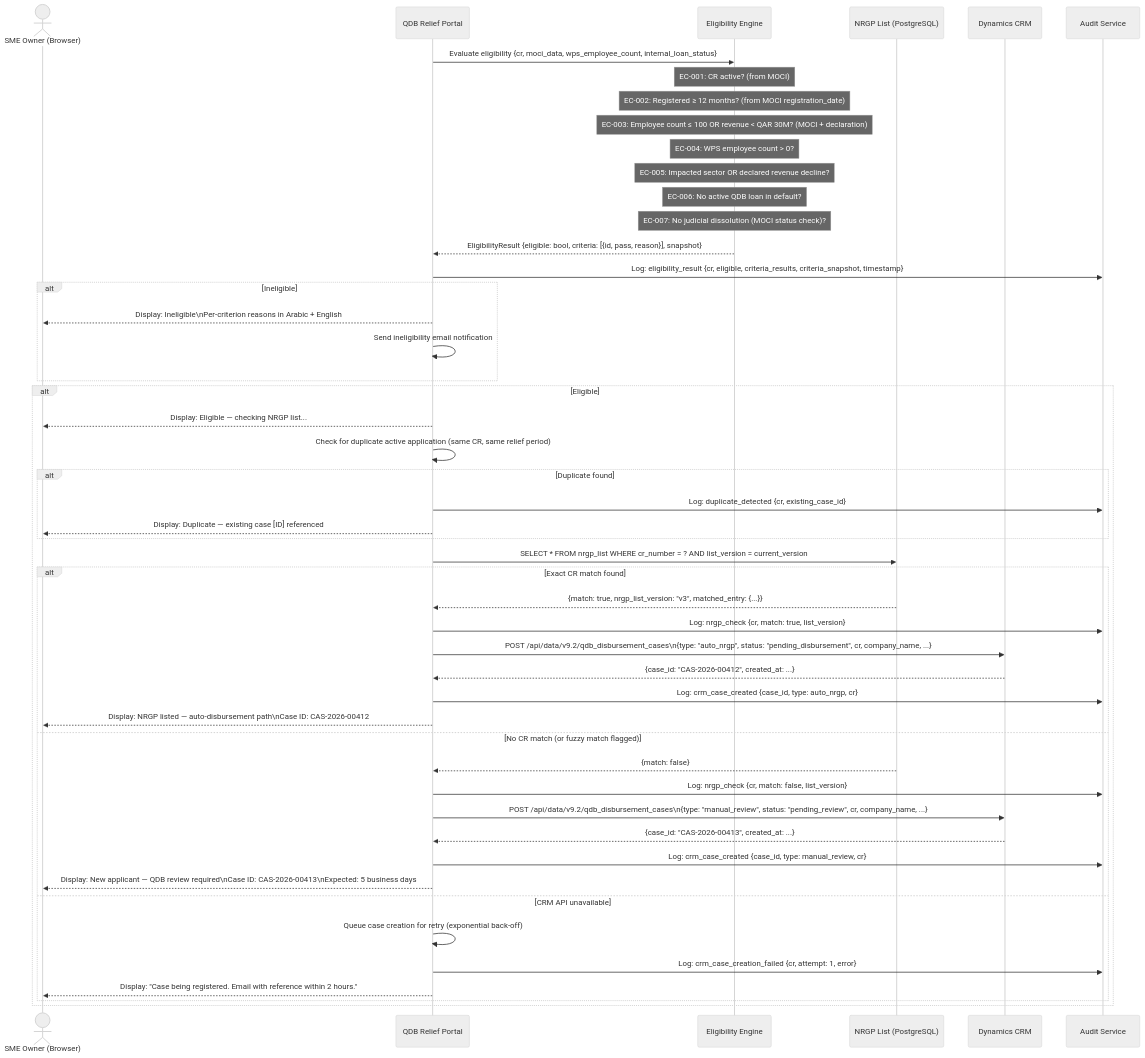
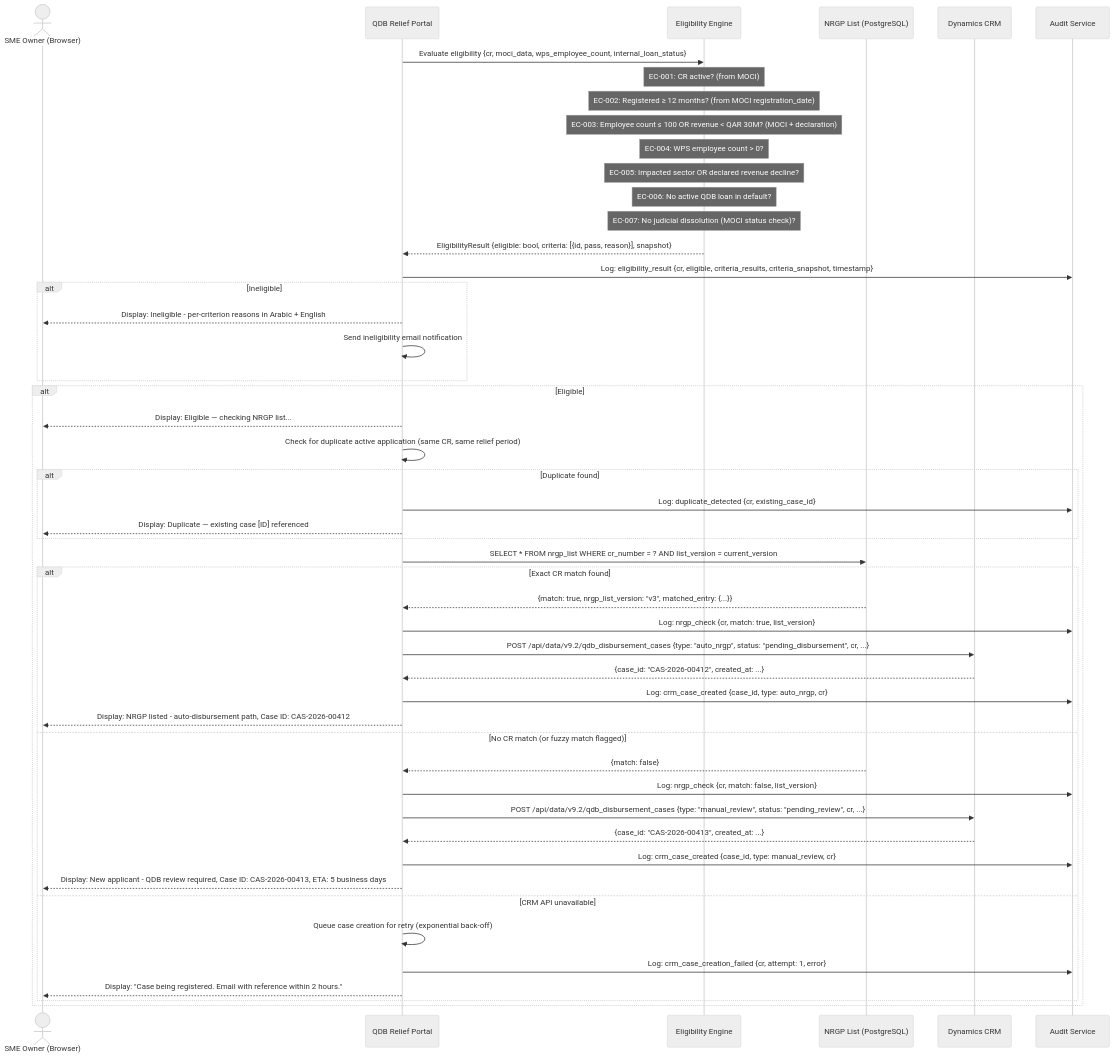
Before and after one commit to Tamoura/Claude-Code-creates-the-SW-company: the fifth of 7 diagrams in products/qdb-sme-relief/docs/PRD.md, drawn with Mermaid (neutral theme). The commit also changed other lines of this file and 1 other file, not shown here.

First line of the commit message:
fix(qdb-sme-relief): fix Mermaid diagram syntax in BA and PRD docs

````diff
--- a/products/qdb-sme-relief/docs/PRD.md
+++ b/products/qdb-sme-relief/docs/PRD.md
@@ -1164,61 +1164,61 @@
 ```mermaid
 sequenceDiagram
     actor SME as SME Owner (Browser)
     participant Portal as QDB Relief Portal
     participant EligEngine as Eligibility Engine
     participant NRGP as NRGP List (PostgreSQL)
     participant CRM as Dynamics CRM
     participant AuditLog as Audit Service
 
     Portal->>EligEngine: Evaluate eligibility {cr, moci_data, wps_employee_count, internal_loan_status}
 
     Note over EligEngine: EC-001: CR active? (from MOCI)
     Note over EligEngine: EC-002: Registered ≥ 12 months? (from MOCI registration_date)
     Note over EligEngine: EC-003: Employee count ≤ 100 OR revenue < QAR 30M? (MOCI + declaration)
     Note over EligEngine: EC-004: WPS employee count > 0?
     Note over EligEngine: EC-005: Impacted sector OR declared revenue decline?
     Note over EligEngine: EC-006: No active QDB loan in default?
     Note over EligEngine: EC-007: No judicial dissolution (MOCI status check)?
 
     EligEngine-->>Portal: EligibilityResult {eligible: bool, criteria: [{id, pass, reason}], snapshot}
     Portal->>AuditLog: Log: eligibility_result {cr, eligible, criteria_results, criteria_snapshot, timestamp}
 
     alt Ineligible
-        Portal-->>SME: Display: Ineligible\nPer-criterion reasons in Arabic + English
+        Portal-->>SME: Display: Ineligible - per-criterion reasons in Arabic + English
         Portal->>Portal: Send ineligibility email notification
     end
 
     alt Eligible
         Portal-->>SME: Display: Eligible — checking NRGP list...
 
         Portal->>Portal: Check for duplicate active application (same CR, same relief period)
         alt Duplicate found
             Portal->>AuditLog: Log: duplicate_detected {cr, existing_case_id}
             Portal-->>SME: Display: Duplicate — existing case [ID] referenced
         end
 
         Portal->>NRGP: SELECT * FROM nrgp_list WHERE cr_number = ? AND list_version = current_version
 
         alt Exact CR match found
             NRGP-->>Portal: {match: true, nrgp_list_version: "v3", matched_entry: {...}}
             Portal->>AuditLog: Log: nrgp_check {cr, match: true, list_version}
-            Portal->>CRM: POST /api/data/v9.2/qdb_disbursement_cases\n{type: "auto_nrgp", status: "pending_disbursement", cr, company_name, ...}
+            Portal->>CRM: POST /api/data/v9.2/qdb_disbursement_cases {type: "auto_nrgp", status: "pending_disbursement", cr, ...}
             CRM-->>Portal: {case_id: "CAS-2026-00412", created_at: ...}
             Portal->>AuditLog: Log: crm_case_created {case_id, type: auto_nrgp, cr}
-            Portal-->>SME: Display: NRGP listed — auto-disbursement path\nCase ID: CAS-2026-00412
+            Portal-->>SME: Display: NRGP listed - auto-disbursement path, Case ID: CAS-2026-00412
 
         else No CR match (or fuzzy match flagged)
             NRGP-->>Portal: {match: false}
             Portal->>AuditLog: Log: nrgp_check {cr, match: false, list_version}
-            Portal->>CRM: POST /api/data/v9.2/qdb_disbursement_cases\n{type: "manual_review", status: "pending_review", cr, company_name, ...}
+            Portal->>CRM: POST /api/data/v9.2/qdb_disbursement_cases {type: "manual_review", status: "pending_review", cr, ...}
             CRM-->>Portal: {case_id: "CAS-2026-00413", created_at: ...}
             Portal->>AuditLog: Log: crm_case_created {case_id, type: manual_review, cr}
-            Portal-->>SME: Display: New applicant — QDB review required\nCase ID: CAS-2026-00413\nExpected: 5 business days
+            Portal-->>SME: Display: New applicant - QDB review required, Case ID: CAS-2026-00413, ETA: 5 business days
 
         else CRM API unavailable
             Portal->>Portal: Queue case creation for retry (exponential back-off)
             Portal->>AuditLog: Log: crm_case_creation_failed {cr, attempt: 1, error}
             Portal-->>SME: Display: "Case being registered. Email with reference within 2 hours."
         end
     end
 ```
````
